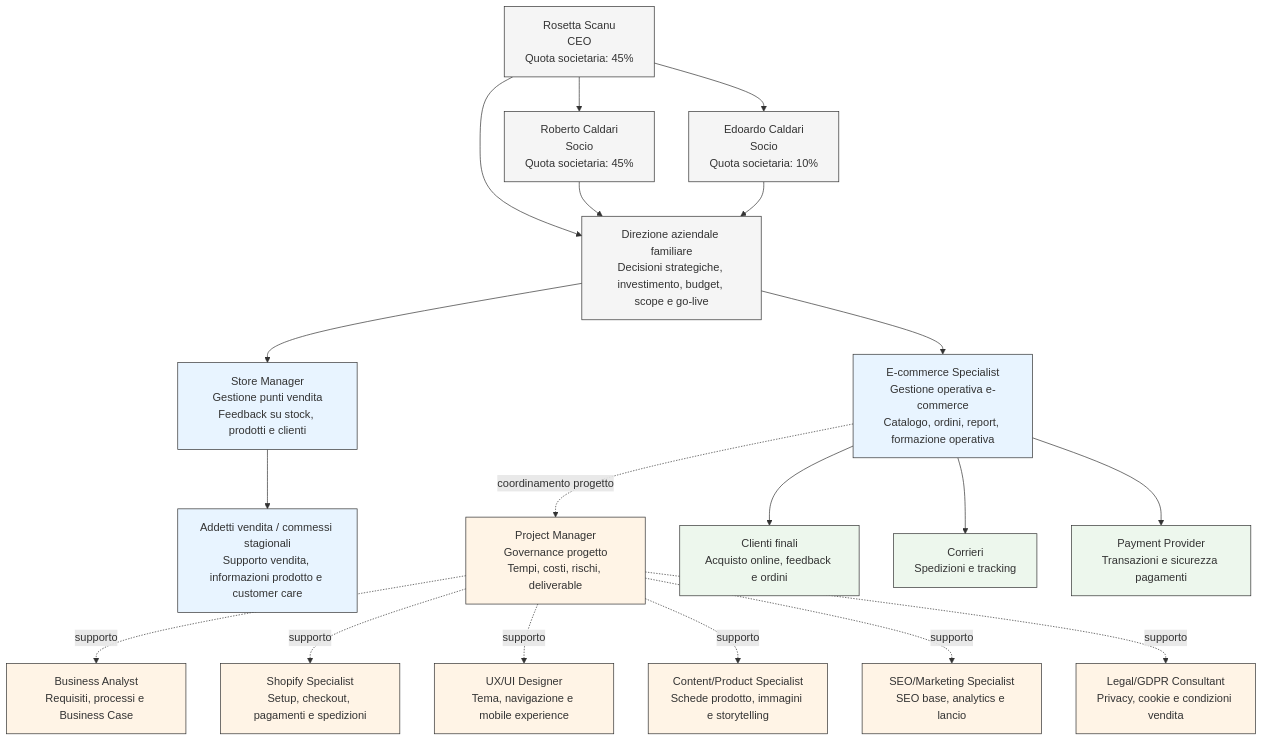
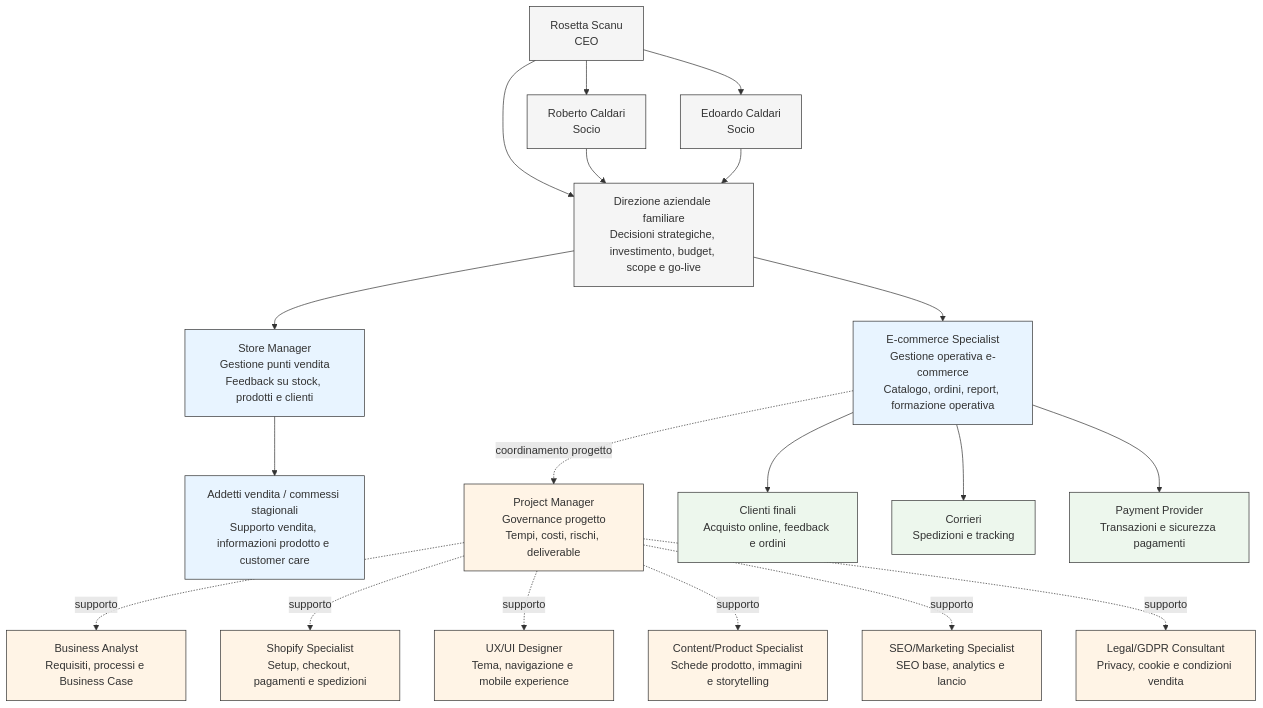
One commit to AlexTesta00/PM-Surya changed the first of 2 diagrams in docs/domain.md. Above: the diagram before and after it, drawn with Mermaid. The commit also changed other lines of this file and 1 other file, not shown here.

````diff
--- a/docs/domain.md
+++ b/docs/domain.md
@@ -92,58 +92,58 @@
 ```mermaid
 flowchart TB
 
-    CEO["Rosetta Scanu<br/>CEO<br/>Quota societaria: 45%"]
-    Roberto["Roberto Caldari<br/>Socio<br/>Quota societaria: 45%"]
-    Edoardo["Edoardo Caldari<br/>Socio<br/>Quota societaria: 10%"]
+    CEO["Rosetta Scanu<br/>CEO"]
+    Roberto["Roberto Caldari<br/>Socio"]
+    Edoardo["Edoardo Caldari<br/>Socio"]
 
     CEO --> Roberto
     CEO --> Edoardo
 
     Direzione["Direzione aziendale familiare<br/>Decisioni strategiche, investimento, budget, scope e go-live"]
 
     CEO --> Direzione
     Roberto --> Direzione
     Edoardo --> Direzione
 
     Ecommerce["E-commerce Specialist<br/>Gestione operativa e-commerce<br/>Catalogo, ordini, report, formazione operativa"]
     StoreManager["Store Manager<br/>Gestione punti vendita<br/>Feedback su stock, prodotti e clienti"]
     Addetti["Addetti vendita / commessi stagionali<br/>Supporto vendita, informazioni prodotto e customer care"]
 
     Direzione --> Ecommerce
     Direzione --> StoreManager
     StoreManager --> Addetti
 
     PM["Project Manager<br/>Governance progetto<br/>Tempi, costi, rischi, deliverable"]
     BA["Business Analyst<br/>Requisiti, processi e Business Case"]
     Shopify["Shopify Specialist<br/>Setup, checkout, pagamenti e spedizioni"]
     UX["UX/UI Designer<br/>Tema, navigazione e mobile experience"]
     Content["Content/Product Specialist<br/>Schede prodotto, immagini e storytelling"]
     SEO["SEO/Marketing Specialist<br/>SEO base, analytics e lancio"]
     Legal["Legal/GDPR Consultant<br/>Privacy, cookie e condizioni vendita"]
 
     Ecommerce -. coordinamento progetto .-> PM
     PM -. supporto .-> BA
     PM -. supporto .-> Shopify
     PM -. supporto .-> UX
     PM -. supporto .-> Content
     PM -. supporto .-> SEO
     PM -. supporto .-> Legal
 
     Clienti["Clienti finali<br/>Acquisto online, feedback e ordini"]
     Corrieri["Corrieri<br/>Spedizioni e tracking"]
     Payment["Payment Provider<br/>Transazioni e sicurezza pagamenti"]
 
     Ecommerce --> Clienti
     Ecommerce --> Corrieri
     Ecommerce --> Payment
 
     classDef proprieta fill:#f5f5f5,stroke:#333,stroke-width:1px;
     classDef interno fill:#e8f4ff,stroke:#333,stroke-width:1px;
     classDef esterno fill:#fff4e6,stroke:#333,stroke-width:1px;
     classDef mercato fill:#edf7ed,stroke:#333,stroke-width:1px;
 
     class CEO,Roberto,Edoardo,Direzione proprieta;
     class Ecommerce,StoreManager,Addetti interno;
     class PM,BA,Shopify,UX,Content,SEO,Legal esterno;
     class Clienti,Corrieri,Payment mercato;
 ```
````
